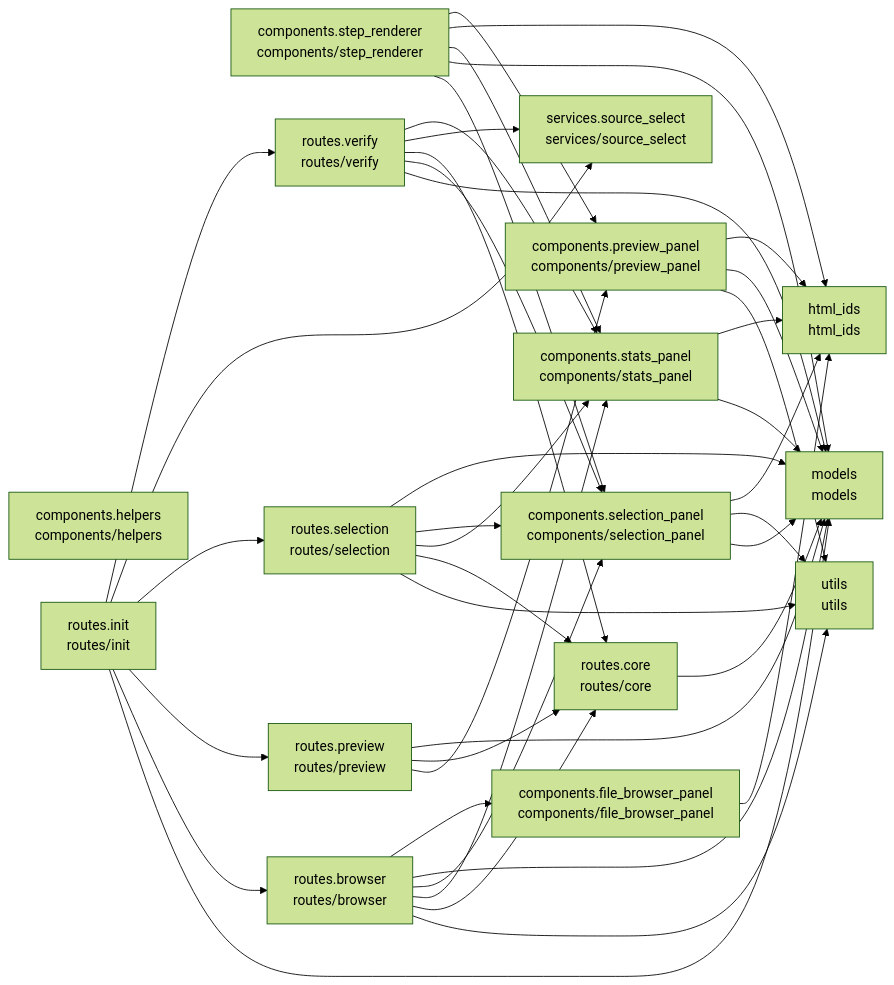
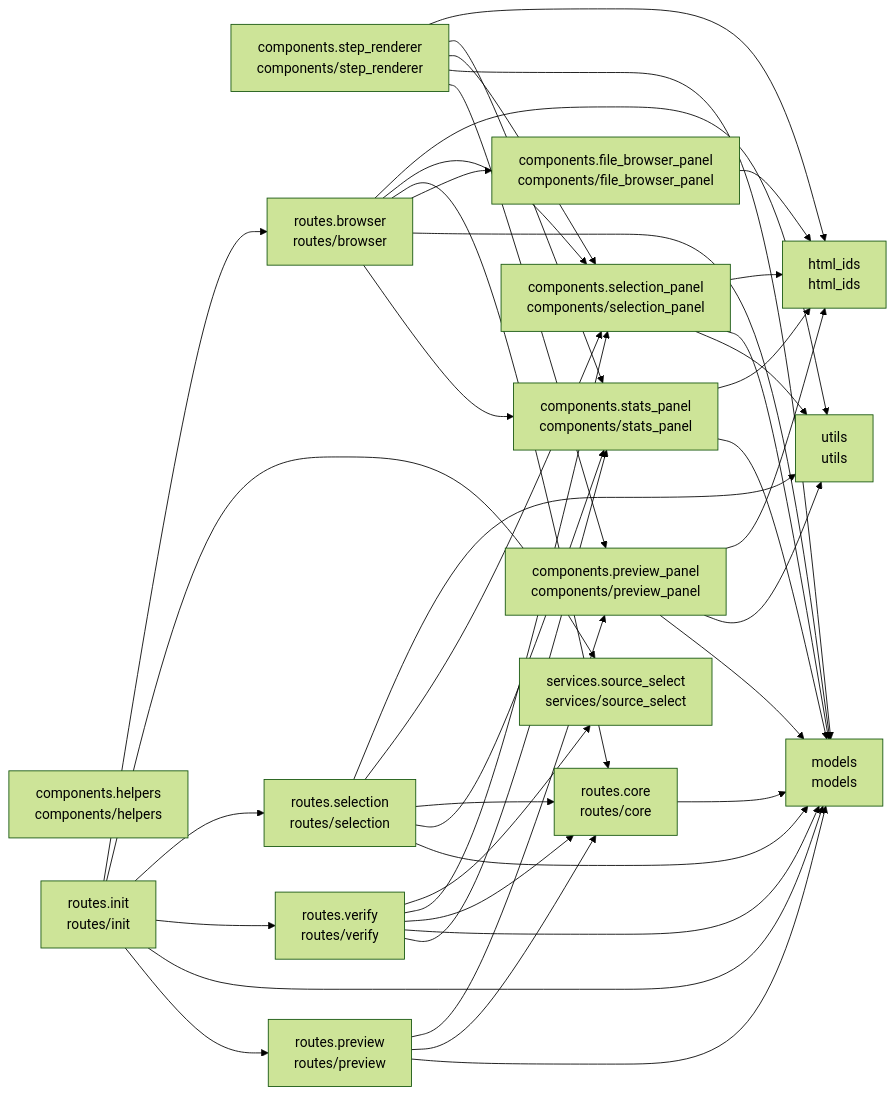
One commit to cj-mills/cjm-transcription-source-select changed the diagram in README.md. Above: the diagram before and after it, drawn with Mermaid (forest theme). The commit also changed other lines of this file and 7 other files, not shown here.

Commit message:
Replace _fb_state_getter monkey-patch with fb_routers.current_path() and fix stats content OOB swap to outerHTML for correct class updates across states.

````diff
--- a/README.md
+++ b/README.md
@@ -39,60 +39,60 @@
 ``` mermaid
 graph LR
     components_file_browser_panel[components.file_browser_panel<br/>components/file_browser_panel]
     components_helpers[components.helpers<br/>components/helpers]
     components_preview_panel[components.preview_panel<br/>components/preview_panel]
     components_selection_panel[components.selection_panel<br/>components/selection_panel]
     components_stats_panel[components.stats_panel<br/>components/stats_panel]
     components_step_renderer[components.step_renderer<br/>components/step_renderer]
     html_ids[html_ids<br/>html_ids]
     models[models<br/>models]
     routes_browser[routes.browser<br/>routes/browser]
     routes_core[routes.core<br/>routes/core]
     routes_init[routes.init<br/>routes/init]
     routes_preview[routes.preview<br/>routes/preview]
     routes_selection[routes.selection<br/>routes/selection]
     routes_verify[routes.verify<br/>routes/verify]
     services_source_select[services.source_select<br/>services/source_select]
     utils[utils<br/>utils]
 
     components_file_browser_panel --> html_ids
+    components_preview_panel --> html_ids
     components_preview_panel --> utils
     components_preview_panel --> models
-    components_preview_panel --> html_ids
+    components_selection_panel --> html_ids
     components_selection_panel --> models
     components_selection_panel --> utils
-    components_selection_panel --> html_ids
+    components_stats_panel --> html_ids
     components_stats_panel --> models
-    components_stats_panel --> html_ids
+    components_step_renderer --> html_ids
+    components_step_renderer --> components_stats_panel
     components_step_renderer --> components_selection_panel
     components_step_renderer --> models
-    components_step_renderer --> components_stats_panel
-    components_step_renderer --> html_ids
     components_step_renderer --> components_preview_panel
     routes_browser --> utils
+    routes_browser --> components_selection_panel
     routes_browser --> routes_core
+    routes_browser --> components_file_browser_panel
+    routes_browser --> models
     routes_browser --> components_stats_panel
-    routes_browser --> components_selection_panel
-    routes_browser --> models
-    routes_browser --> components_file_browser_panel
     routes_core --> models
+    routes_init --> routes_browser
+    routes_init --> services_source_select
+    routes_init --> routes_selection
+    routes_init --> routes_verify
     routes_init --> models
-    routes_init --> routes_browser
     routes_init --> routes_preview
-    routes_init --> routes_selection
-    routes_init --> services_source_select
-    routes_init --> routes_verify
     routes_preview --> components_preview_panel
     routes_preview --> routes_core
     routes_preview --> models
     routes_selection --> utils
+    routes_selection --> components_selection_panel
     routes_selection --> routes_core
     routes_selection --> components_stats_panel
-    routes_selection --> components_selection_panel
     routes_selection --> models
-    routes_verify --> models
+    routes_verify --> services_source_select
     routes_verify --> components_selection_panel
     routes_verify --> routes_core
-    routes_verify --> services_source_select
+    routes_verify --> models
     routes_verify --> components_stats_panel
 ```
````
